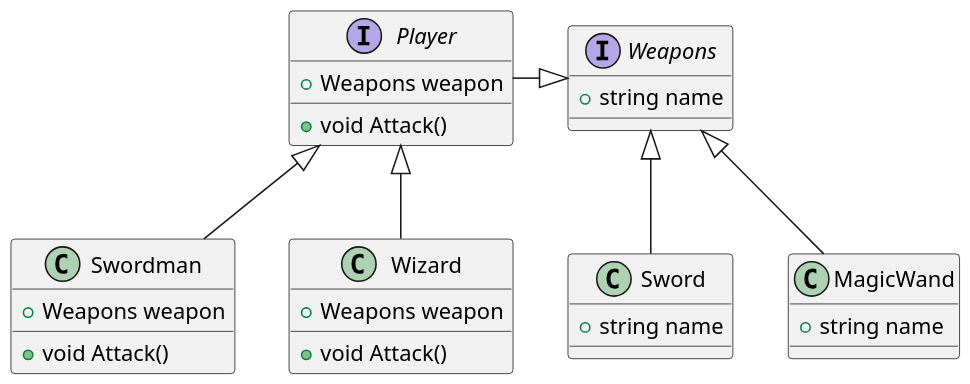
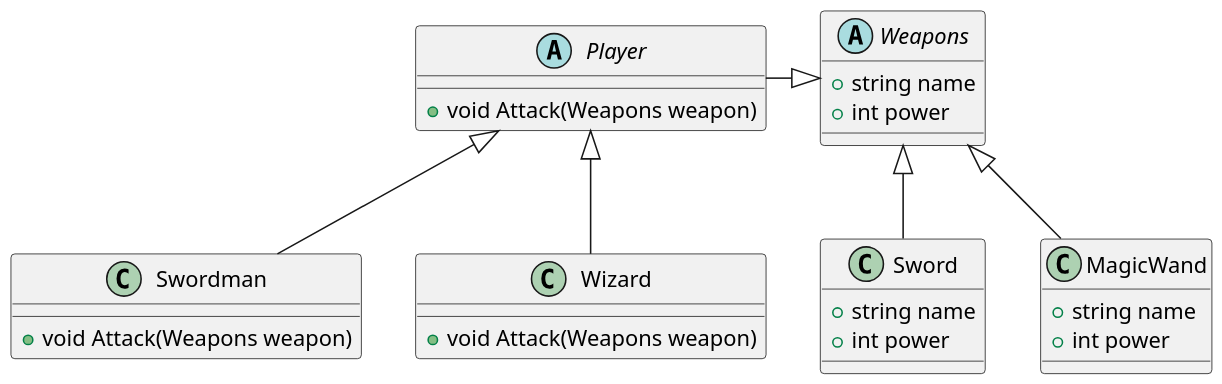
The diagram in Doc/事前条件.wsd (k2491p/LSP), drawn with PlantUML before and after one commit.

Commit message:
update 説明を簡単にするため攻撃メソッドの引数に武器を追加

```diff
--- a/Doc/事前条件.wsd
+++ b/Doc/事前条件.wsd
@@ -1,41 +1,41 @@
 @startuml
 skinparam dpi 150
 
-'Playerインターフェース
-interface Player {
-	+Weapons weapon
-	+void Attack()
+'Player抽象クラス
+abstract class Player {
+	+void Attack(Weapons weapon)
 }
 
 '剣士クラス
 class Swordman {
-  +Weapons weapon
-  +void Attack()
+  +void Attack(Weapons weapon)
 }
 '魔法使いクラス
 class Wizard {
-  +Weapons weapon
-  +void Attack()
+  +void Attack(Weapons weapon)
 }
 
 '武器インターフェース
-interface Weapons {
+abstract class Weapons {
 	+string name
+	+int power
 }
 '剣クラス
 class Sword {
   +string name
+  +int power
 }
 '魔法の杖クラス
 class MagicWand {
   +string name
+  +int power
 }
 
 
 ' クラス間の関係
 Player <|-- Swordman
 Player <|-- Wizard
 Player -|> Weapons
 Weapons <|-- Sword
 Weapons <|-- MagicWand
 @enduml
```
